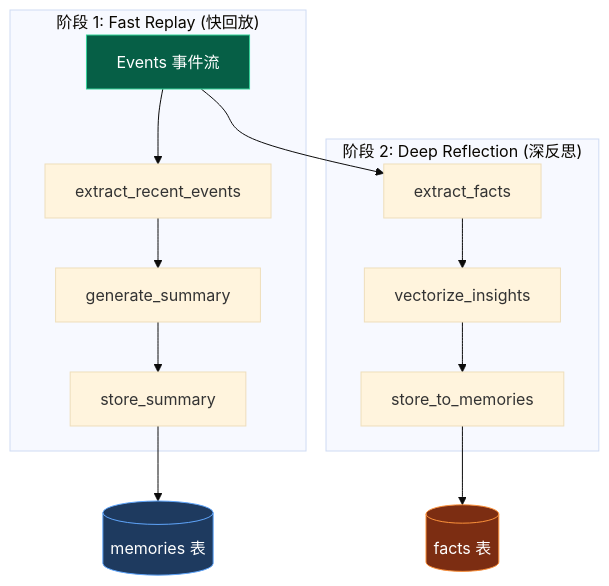
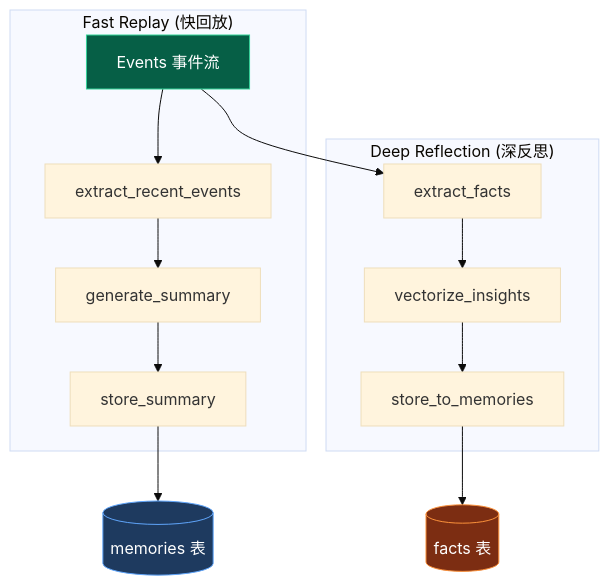
The fifth of 7 diagrams in docs/engine/020-the-hippocampus.md (ThreeFish-AI/agentic-ai-cognizes), drawn with Mermaid (base theme) before and after one commit. The commit also changed other lines of this file and 2 other files, not shown here.

````diff
--- a/docs/engine/020-the-hippocampus.md
+++ b/docs/engine/020-the-hippocampus.md
@@ -527,21 +527,21 @@
 ```mermaid
 graph TB
-    subgraph "阶段 1: Fast Replay (快回放)"
+    subgraph "Fast Replay (快回放)"
         E[Events 事件流] --> ER[extract_recent_events]
         ER --> GS[generate_summary]
         GS --> SS[store_summary]
     end
 
-    subgraph "阶段 2: Deep Reflection (深反思)"
+    subgraph "Deep Reflection (深反思)"
         E --> EF[extract_facts]
         EF --> VI[vectorize_insights]
         VI --> SM[store_to_memories]
     end
 
     SS --> M[(memories 表)]
     SM --> F[(facts 表)]
 
     style E fill:#065f46,stroke:#34d399,color:#fff
     style M fill:#1e3a5f,stroke:#60a5fa,color:#fff
     style F fill:#7c2d12,stroke:#fb923c,color:#fff
 ```
````
